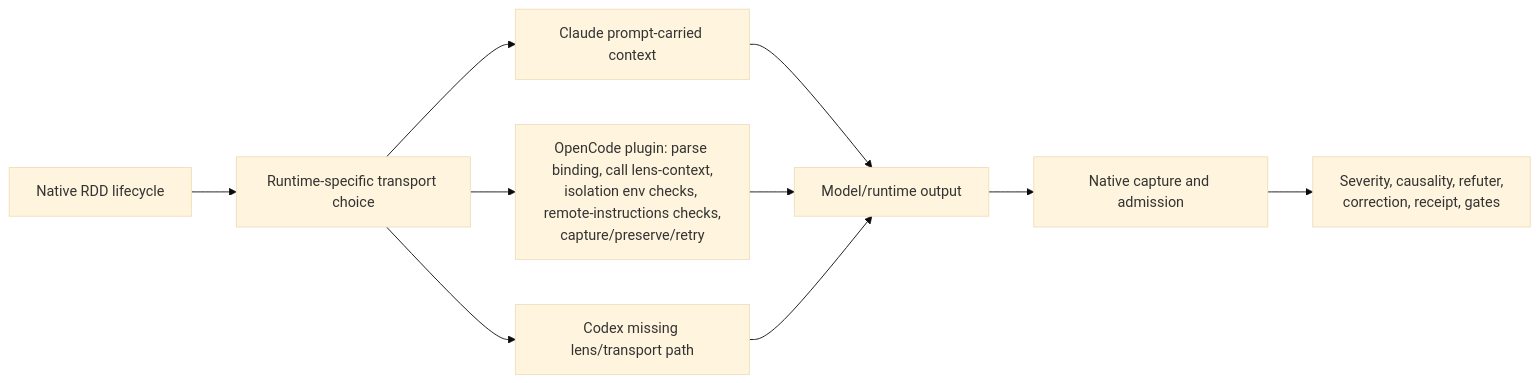
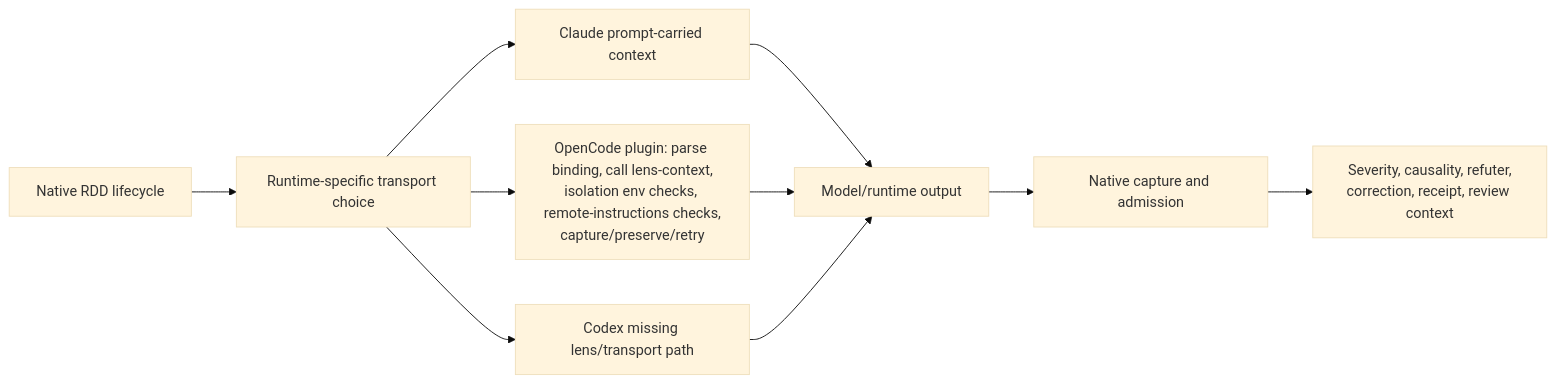
Before and after one commit to 0xErwin1/gentle-ai: the first of 2 diagrams in skills/rdd-advisory-transport/references/shared-advisory-transport-proposal.md, drawn with Mermaid (base theme). The commit also changed other lines of this file and 99 other files, not shown here.

````diff
--- a/skills/rdd-advisory-transport/references/shared-advisory-transport-proposal.md
+++ b/skills/rdd-advisory-transport/references/shared-advisory-transport-proposal.md
@@ -23,15 +24,15 @@
 ```mermaid
 flowchart LR
   RDD[Native RDD lifecycle] --> T[Runtime-specific transport choice]
   T --> C[Claude prompt-carried context]
   T --> O[OpenCode plugin: parse binding, call lens-context,
 isolation env checks, remote-instructions checks,
 capture/preserve/retry]
   T --> X[Codex missing lens/transport path]
   C --> M[Model/runtime output]
   O --> M
   X --> M
   M --> A[Native capture and admission]
   A --> S[Severity, causality, refuter,
-correction, receipt, gates]
+correction, receipt, review context]
 ```
````
